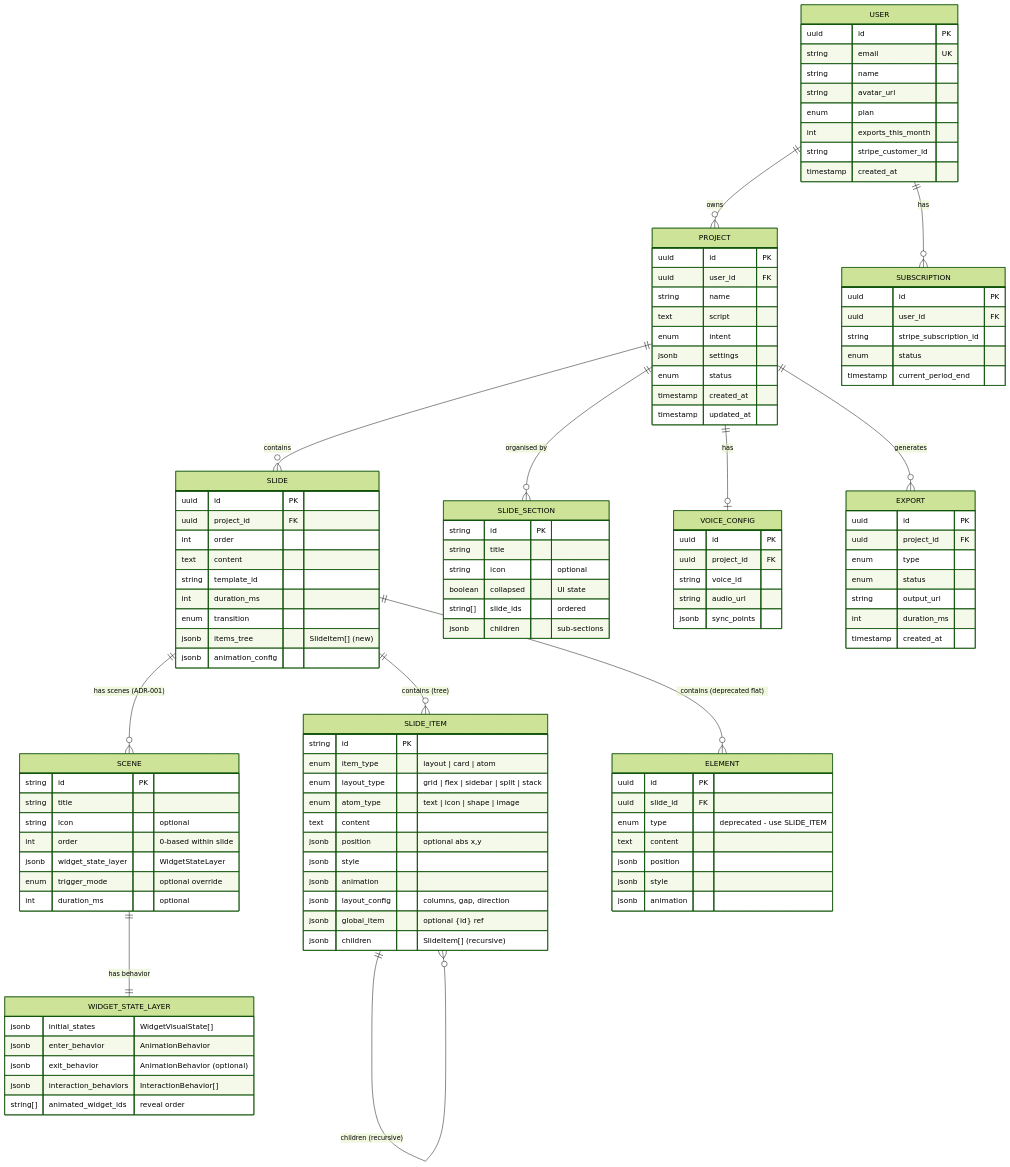
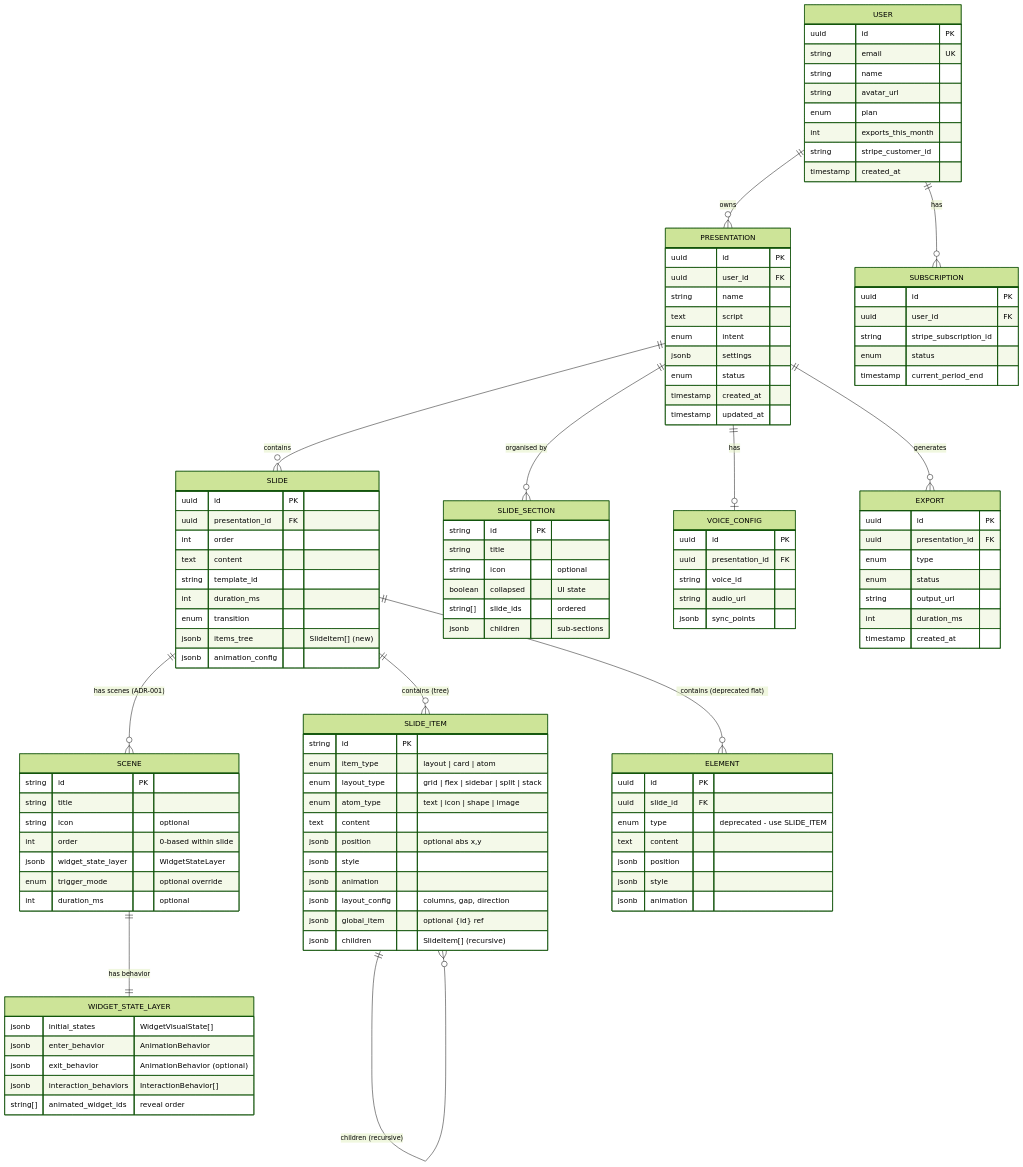
The fourth of 8 diagrams in docs/technical-architecture/overview.md (EvgenyEMK/visual-story), drawn with Mermaid (forest theme) before and after one commit. The commit also changed other lines of this file and 148 other files, not shown here.

````diff
--- a/docs/technical-architecture/overview.md
+++ b/docs/technical-architecture/overview.md
@@ -205,16 +205,16 @@
 ```mermaid
 erDiagram
-    USER ||--o{ PROJECT : owns
+    USER ||--o{ PRESENTATION : owns
     USER ||--o{ SUBSCRIPTION : has
-    PROJECT ||--o{ SLIDE : contains
-    PROJECT ||--o{ SLIDE_SECTION : "organised by"
+    PRESENTATION ||--o{ SLIDE : contains
+    PRESENTATION ||--o{ SLIDE_SECTION : "organised by"
     SLIDE ||--o{ SLIDE_ITEM : "contains (tree)"
     SLIDE ||--o{ SCENE : "has scenes (ADR-001)"
     SCENE ||--|| WIDGET_STATE_LAYER : "has behavior"
     SLIDE ||--o{ ELEMENT : "contains (deprecated flat)"
     SLIDE_ITEM ||--o{ SLIDE_ITEM : "children (recursive)"
-    PROJECT ||--o| VOICE_CONFIG : has
-    PROJECT ||--o{ EXPORT : generates
+    PRESENTATION ||--o| VOICE_CONFIG : has
+    PRESENTATION ||--o{ EXPORT : generates
     
     USER {
         uuid id PK
@@ -227,7 +227,7 @@
         timestamp created_at
     }
     
-    PROJECT {
+    PRESENTATION {
         uuid id PK
         uuid user_id FK
         string name
@@ -241,7 +241,7 @@
     
     SLIDE {
         uuid id PK
-        uuid project_id FK
+        uuid presentation_id FK
         int order
         text content
         string template_id
@@ -304,7 +304,7 @@
     
     VOICE_CONFIG {
         uuid id PK
-        uuid project_id FK
+        uuid presentation_id FK
         string voice_id
         string audio_url
         jsonb sync_points
@@ -312,7 +312,7 @@
     
     EXPORT {
         uuid id PK
-        uuid project_id FK
+        uuid presentation_id FK
         enum type
         enum status
         string output_url
````
